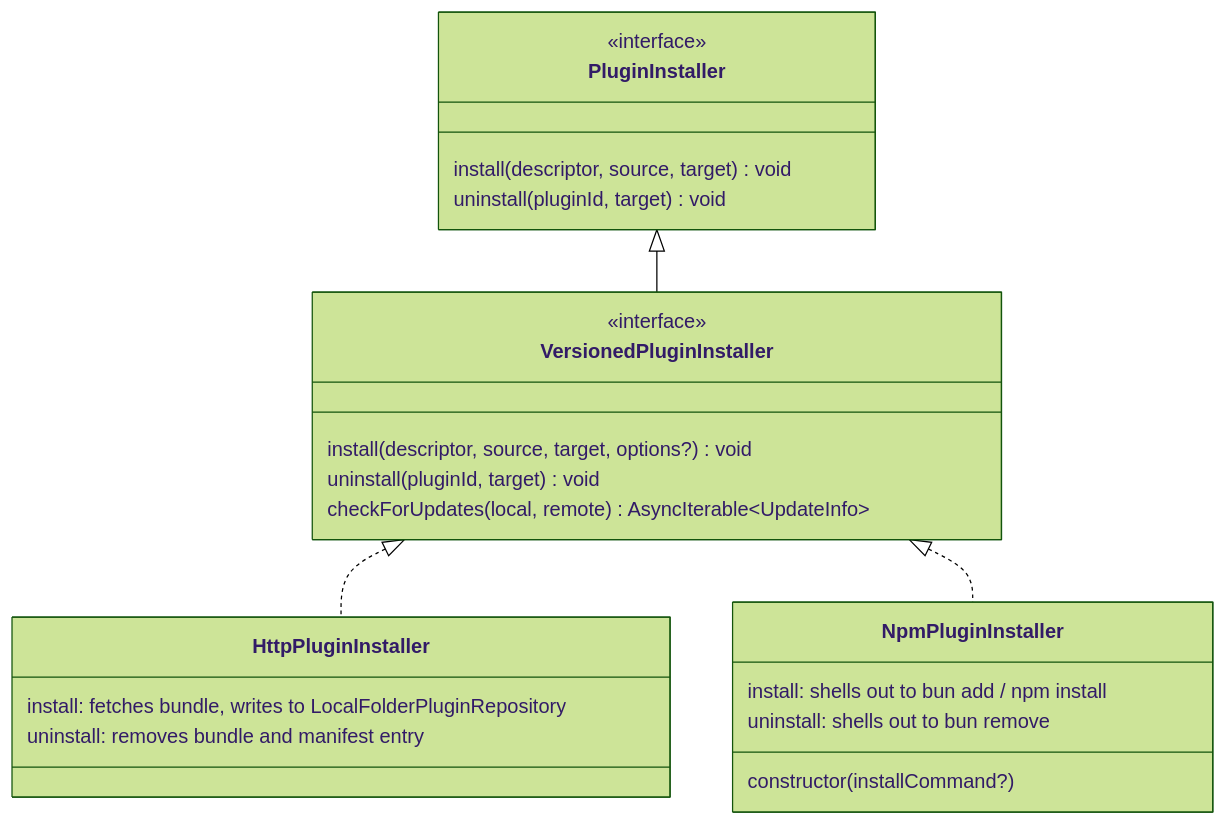
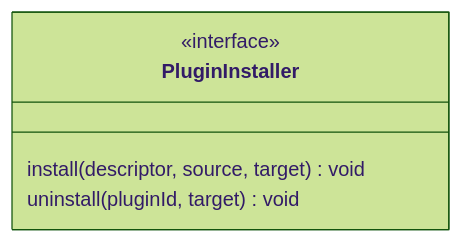
Before and after one commit to flowscripter/dynamic-plugin-framework: the fourth of 7 diagrams in README/implementation-details.md, drawn with Mermaid (forest theme). The commit also changed other lines of this file and 13 other files, not shown here.

Commit message:
refactor: migrate PluginInstaller functionality into MarketPlacePluginManager

````diff
--- a/README/implementation-details.md
+++ b/README/implementation-details.md
@@ -168,30 +168,8 @@
 ```mermaid
 classDiagram
     class PluginInstaller {
         <<interface>>
         install(descriptor, source, target) void
         uninstall(pluginId, target) void
     }
-
-    class VersionedPluginInstaller {
-        <<interface>>
-        install(descriptor, source, target, options?) void
-        uninstall(pluginId, target) void
-        checkForUpdates(local, remote) AsyncIterable~UpdateInfo~
-    }
-
-    class HttpPluginInstaller {
-        install: fetches bundle, writes to LocalFolderPluginRepository
-        uninstall: removes bundle and manifest entry
-    }
-
-    class NpmPluginInstaller {
-        constructor(installCommand?)
-        install: shells out to bun add / npm install
-        uninstall: shells out to bun remove
-    }
-
-    PluginInstaller <|-- VersionedPluginInstaller
-    VersionedPluginInstaller <|.. HttpPluginInstaller
-    VersionedPluginInstaller <|.. NpmPluginInstaller
 ```
````
